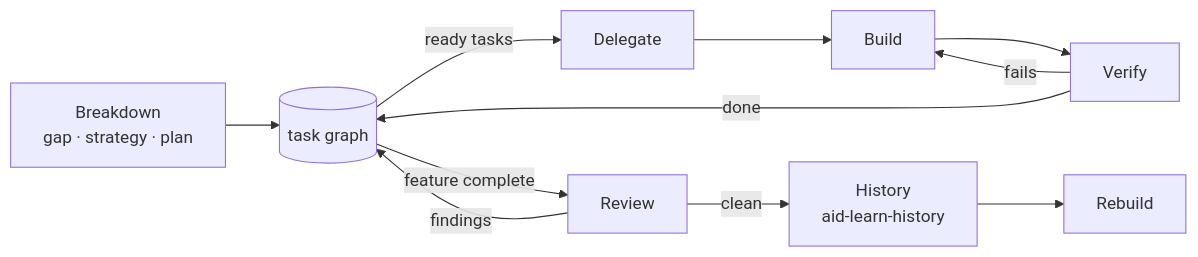
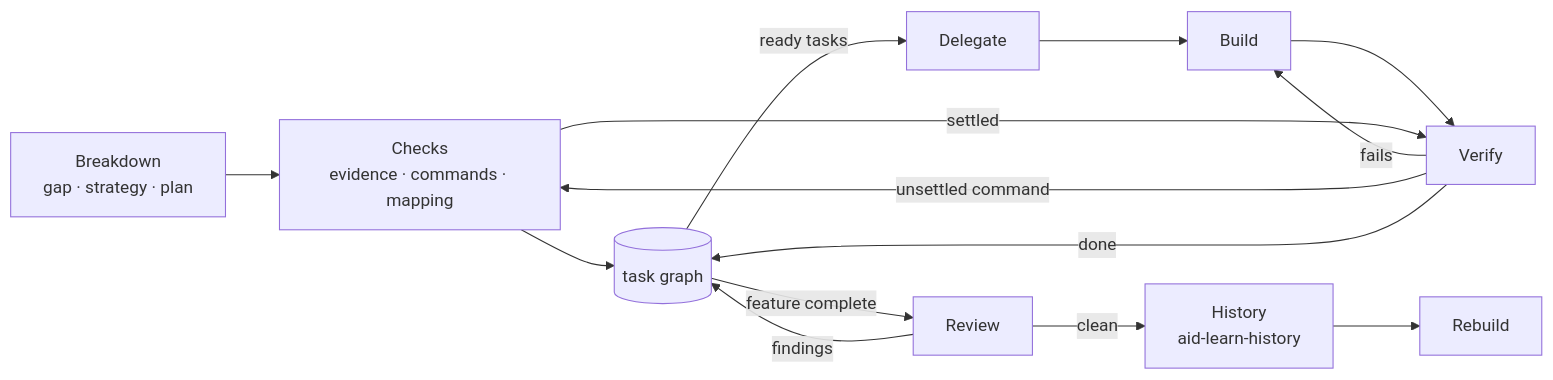
Before and after one commit to danweinerdev/ai-devtools: the diagram in skills/aid-make/SKILL.md, drawn with Mermaid. The commit also changed other lines of this file and 22 other files, not shown here.

````diff
--- a/skills/aid-make/SKILL.md
+++ b/skills/aid-make/SKILL.md
@@ -13,13 +13,16 @@
 ```mermaid
 flowchart LR
-  Bd[Breakdown<br/>gap · strategy · plan] --> G[(task graph)]
+  Bd[Breakdown<br/>gap · strategy · plan] --> C[Checks<br/>evidence · commands · mapping]
+  C --> G[(task graph)]
   G -->|ready tasks| D[Delegate]
   D --> B[Build]
   B --> V[Verify]
   V -->|fails| B
+  V -->|unsettled command| C
+  C -->|settled| V
   V -->|done| G
   G -->|feature complete| R[Review]
   R -->|findings| G
   R -->|clean| H[History<br/>aid-learn-history]
   H --> Rb[Rebuild]
 ```
````
